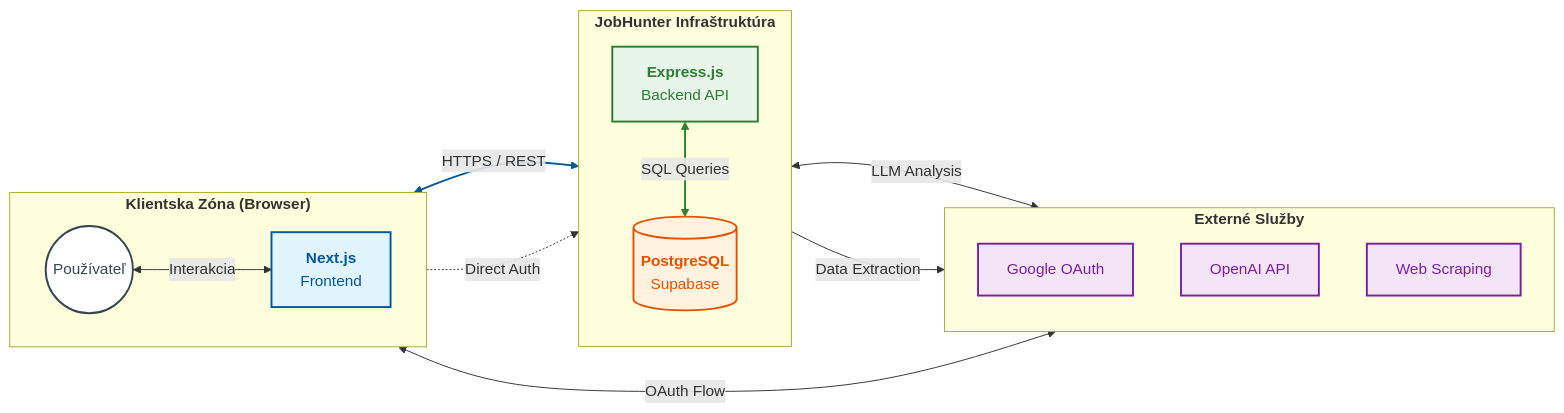
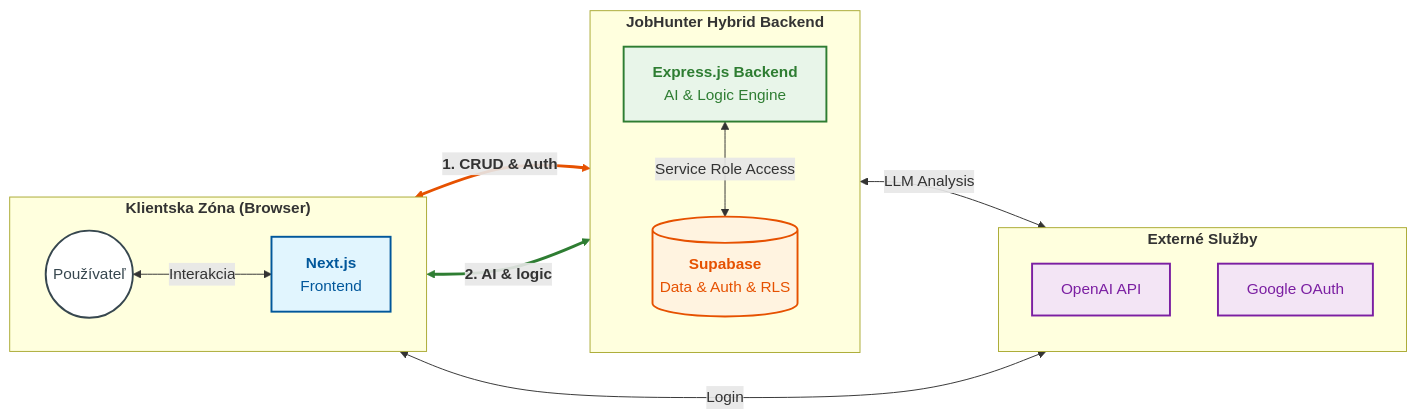
The diagram in docs/diagrams/architecture.md (piterb/jobhunter), drawn with Mermaid before and after one commit. The commit also changed 37 other files, not shown here.

````diff
--- a/docs/diagrams/architecture.md
+++ b/docs/diagrams/architecture.md
@@ -1,43 +1,45 @@
 ```mermaid
 graph LR
     %% Definícia štýlov
     classDef client fill:#e1f5fe,stroke:#01579b,stroke-width:2px,color:#01579b;
     classDef core fill:#e8f5e9,stroke:#2e7d32,stroke-width:2px,color:#2e7d32;
     classDef storage fill:#fff3e0,stroke:#e65100,stroke-width:2px,color:#e65100;
     classDef external fill:#f3e5f5,stroke:#7b1fa2,stroke-width:2px,color:#7b1fa2;
     classDef user fill:#ffffff,stroke:#37474f,stroke-width:2px,color:#37474f;
 
-    subgraph Client ["<b>Klientska Zóna (Browser)</b>"]
+    subgraph ClientZone ["<b>Klientska Zóna (Browser)</b>"]
         direction LR
         U((Používateľ)):::user
         FE[<b>Next.js</b><br/>Frontend]:::client
     end
 
-    subgraph Infrastructure ["<b>JobHunter Infraštruktúra</b>"]
+    subgraph Infrastructure ["<b>JobHunter Hybrid Backend</b>"]
         direction TB
-        BE[<b>Express.js</b><br/>Backend API]:::core
-        DB[(<b>PostgreSQL</b><br/>Supabase)]:::storage
+        BE[<b>Express.js Backend</b><br/>AI & Logic Engine]:::core
+        DB[(<b>Supabase</b><br/>Data & Auth & RLS)]:::storage
     end
 
-    subgraph Services ["<b>Externé Služby</b>"]
+    subgraph ExternalServices ["<b>Externé Služby</b>"]
         direction TB
+        OpenAI[OpenAI API]:::external
         Google[Google OAuth]:::external
-        OpenAI[OpenAI API]:::external
-        Web[Web Scraping]:::external
     end
 
-    %% Flowy
+    %% Komunikačné flowy
     U <-->|Interakcia| FE
-    FE <-->|HTTPS / REST| BE
-    FE -.->|Direct Auth| DB
-    BE <-->|SQL Queries| DB
     
-    %% Externé linky
-    FE <-->|OAuth Flow| Google
+    %% HYBRID FLOW
+    FE <-->|<b>1. CRUD & Auth</b>| DB
+    FE <-->|<b>2. AI & logic</b>| BE
+    
+    %% Backend - DB connections
+    BE <-->|Service Role Access| DB
+    
+    %% Externé
+    FE <-->|Login| Google
     BE <-->|LLM Analysis| OpenAI
-    BE -->|Data Extraction| Web
 
-    %% Legenda / Poznámky
-    linkStyle 1 stroke:#01579b,stroke-width:2px;
-    linkStyle 3 stroke:#2e7d32,stroke-width:2px;
+    %% Popisy flowov v diagrame
+    linkStyle 1 stroke:#e65100,stroke-width:3px;
+    linkStyle 2 stroke:#2e7d32,stroke-width:3px;
 ```
````
